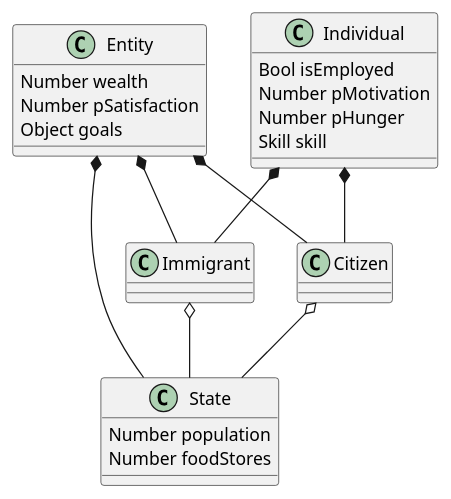
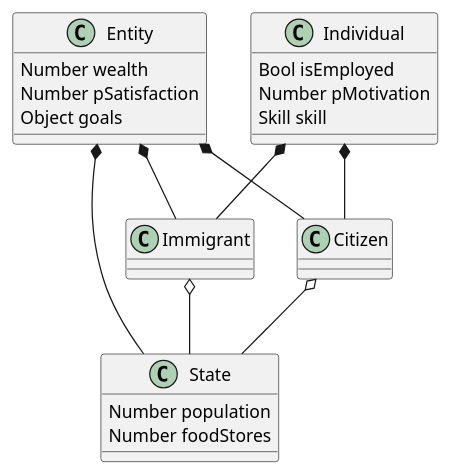
Before and after one commit to ksami/simgov: the diagram in entities.plantuml, drawn with PlantUML.

Commit message:
doc(uml): considering first world society

```diff
--- a/entities.plantuml
+++ b/entities.plantuml
@@ -1,25 +1,24 @@
 class Entity {
   Number wealth
   Number pSatisfaction
   Object goals
 }
 class Individual {
   Bool isEmployed
   Number pMotivation
-  Number pHunger
   Skill skill
 }
 class Citizen
 class Immigrant
 class State {
   Number population
   Number foodStores
 }
 
 Entity *-- Citizen
 Individual *-- Citizen
 Entity *-- Immigrant
 Individual *-- Immigrant
 Entity *-- State
 Citizen o-- State
 Immigrant o-- State
```
